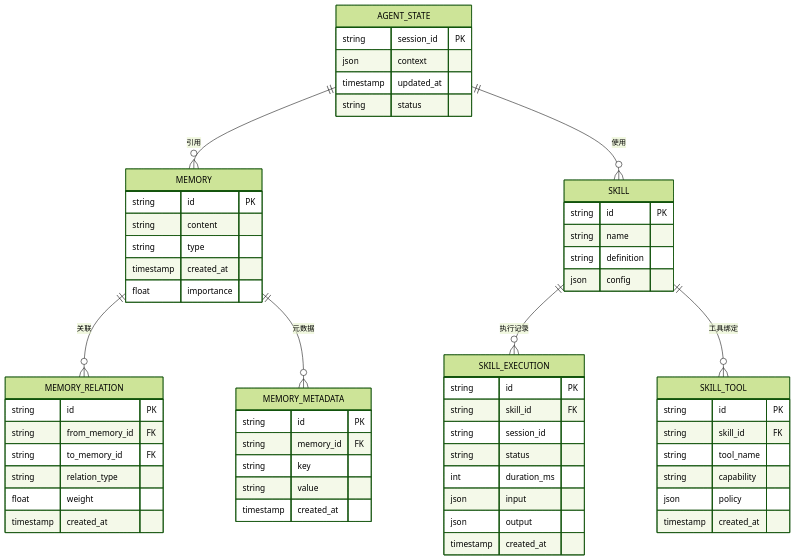
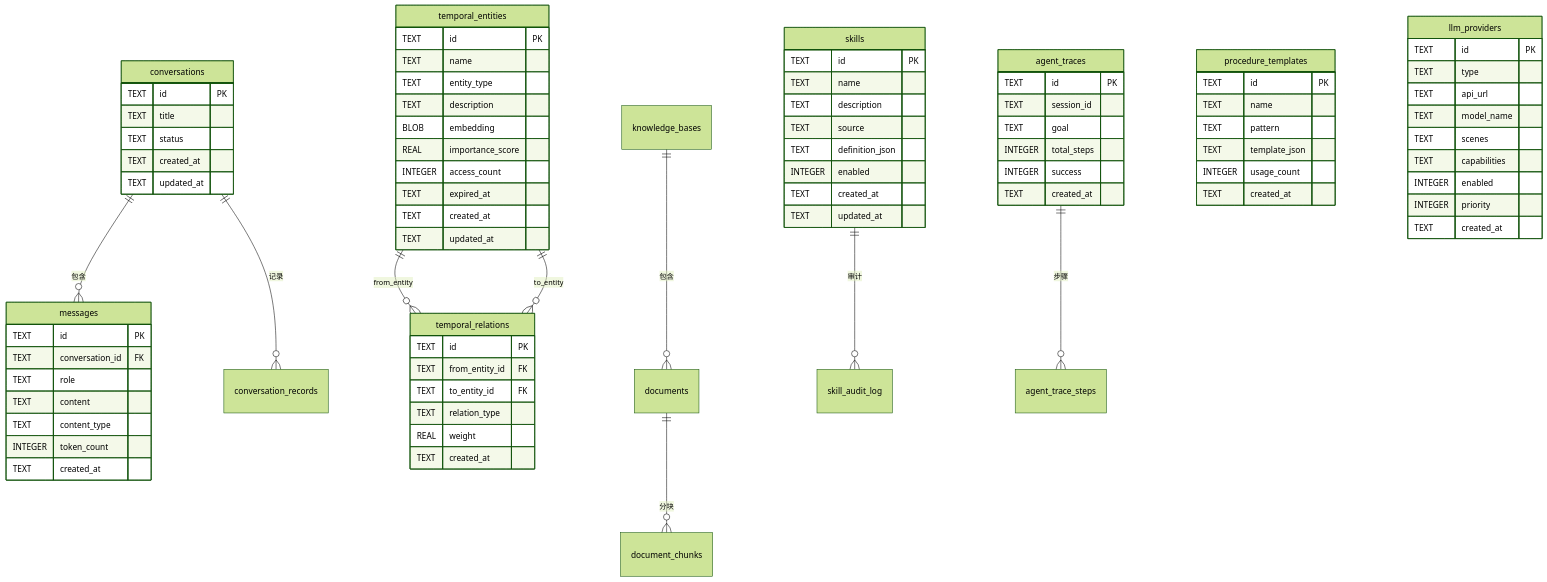
Before and after one commit to ntygod/LifePilot: diagram 18 of 35 in ARCHITECTURE-DIAGRAMS.md, drawn with Mermaid (forest theme). The commit also changed other lines of this file and 2 other files, not shown here.

````diff
--- a/ARCHITECTURE-DIAGRAMS.md
+++ b/ARCHITECTURE-DIAGRAMS.md
@@ -628,68 +728,96 @@
 ```mermaid
 erDiagram
-    MEMORY ||--o{ MEMORY_RELATION : "关联"
-    MEMORY ||--o{ MEMORY_METADATA : "元数据"
-    SKILL ||--o{ SKILL_EXECUTION : "执行记录"
-    SKILL ||--o{ SKILL_TOOL : "工具绑定"
-    AGENT_STATE ||--o{ MEMORY : "引用"
-    AGENT_STATE ||--o{ SKILL : "使用"
+    conversations ||--o{ messages : "包含"
+    conversations ||--o{ conversation_records : "记录"
     
-    MEMORY {
-        string id PK
-        string content
-        string type
-        timestamp created_at
-        float importance
-    }
+    temporal_entities ||--o{ temporal_relations : "from_entity"
+    temporal_entities ||--o{ temporal_relations : "to_entity"
     
-    SKILL {
-        string id PK
-        string name
-        string definition
-        json config
-    }
+    documents ||--o{ document_chunks : "分块"
+    knowledge_bases ||--o{ documents : "包含"
     
-    AGENT_STATE {
-        string session_id PK
-        json context
-        timestamp updated_at
-        string status
+    skills ||--o{ skill_audit_log : "审计"
+    
+    agent_traces ||--o{ agent_trace_steps : "步骤"
+    
+    conversations {
+        TEXT id PK
+        TEXT title
+        TEXT status
+        TEXT created_at
+        TEXT updated_at
     }
 
-    MEMORY_RELATION {
-        string id PK
-        string from_memory_id FK
-        string to_memory_id FK
-        string relation_type
-        float weight
-        timestamp created_at
+    messages {
+        TEXT id PK
+        TEXT conversation_id FK
+        TEXT role
+        TEXT content
+        TEXT content_type
+        INTEGER token_count
+        TEXT created_at
     }
 
-    MEMORY_METADATA {
-        string id PK
-        string memory_id FK
-        string key
-        string value
-        timestamp created_at
+    temporal_entities {
+        TEXT id PK
+        TEXT name
+        TEXT entity_type
+        TEXT description
+        BLOB embedding
+        REAL importance_score
+        INTEGER access_count
+        TEXT expired_at
+        TEXT created_at
+        TEXT updated_at
     }
 
-    SKILL_EXECUTION {
-        string id PK
-        string skill_id FK
-        string session_id
-        string status
-        int duration_ms
-        json input
-        json output
-        timestamp created_at
+    temporal_relations {
+        TEXT id PK
+        TEXT from_entity_id FK
+        TEXT to_entity_id FK
+        TEXT relation_type
+        REAL weight
+        TEXT created_at
     }
 
-    SKILL_TOOL {
-        string id PK
-        string skill_id FK
-        string tool_name
-        string capability
-        json policy
-        timestamp created_at
+    procedure_templates {
+        TEXT id PK
+        TEXT name
+        TEXT pattern
+        TEXT template_json
+        INTEGER usage_count
+        TEXT created_at
+    }
+
+    skills {
+        TEXT id PK
+        TEXT name
+        TEXT description
+        TEXT source
+        TEXT definition_json
+        INTEGER enabled
+        TEXT created_at
+        TEXT updated_at
+    }
+
+    llm_providers {
+        TEXT id PK
+        TEXT type
+        TEXT api_url
+        TEXT model_name
+        TEXT scenes
+        TEXT capabilities
+        INTEGER enabled
+        INTEGER priority
+        TEXT created_at
+    }
+
+    agent_traces {
+        TEXT id PK
+        TEXT session_id
+        TEXT goal
+        INTEGER total_steps
+        INTEGER success
+        TEXT created_at
     }
 ```
````
